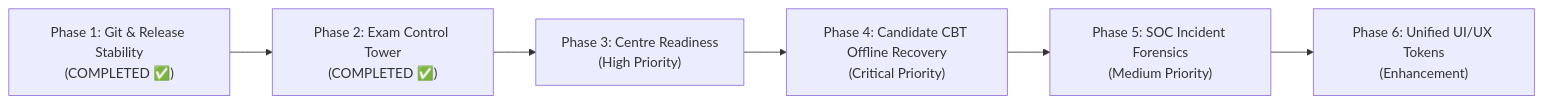
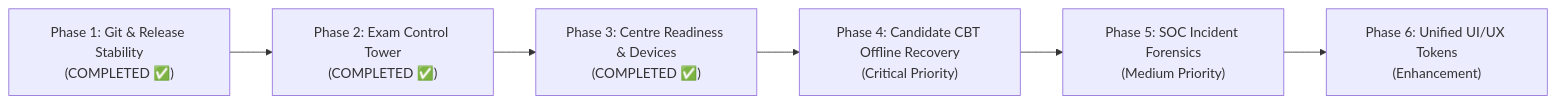
Before and after one commit to Aryank52/ParikshaTantra: the diagram in docs/POST_AUDIT_PRODUCT_ROADMAP.md, drawn with Mermaid. The commit also changed other lines of this file and 17 other files, not shown here.

Commit message:
feat(centre): implement readiness and device authorization

````diff
--- a/docs/POST_AUDIT_PRODUCT_ROADMAP.md
+++ b/docs/POST_AUDIT_PRODUCT_ROADMAP.md
@@ -25,15 +25,15 @@
 ```mermaid
 flowchart LR
     P1["Phase 1: Git & Release Stability<br/>(COMPLETED ✅)"]
     P2["Phase 2: Exam Control Tower<br/>(COMPLETED ✅)"]
-    P3["Phase 3: Centre Readiness<br/>(High Priority)"]
+    P3["Phase 3: Centre Readiness & Devices<br/>(COMPLETED ✅)"]
     P4["Phase 4: Candidate CBT Offline Recovery<br/>(Critical Priority)"]
     P5["Phase 5: SOC Incident Forensics<br/>(Medium Priority)"]
     P6["Phase 6: Unified UI/UX Tokens<br/>(Enhancement)"]
 
     P1 --> P2
     P2 --> P3
     P3 --> P4
     P4 --> P5
     P5 --> P6
 ```
````
